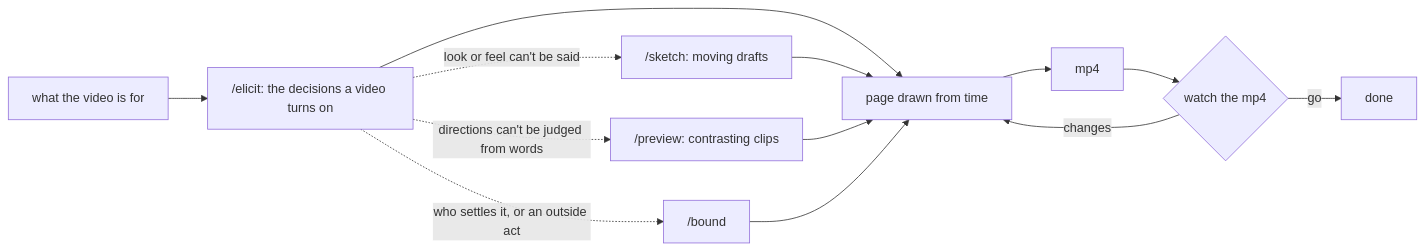
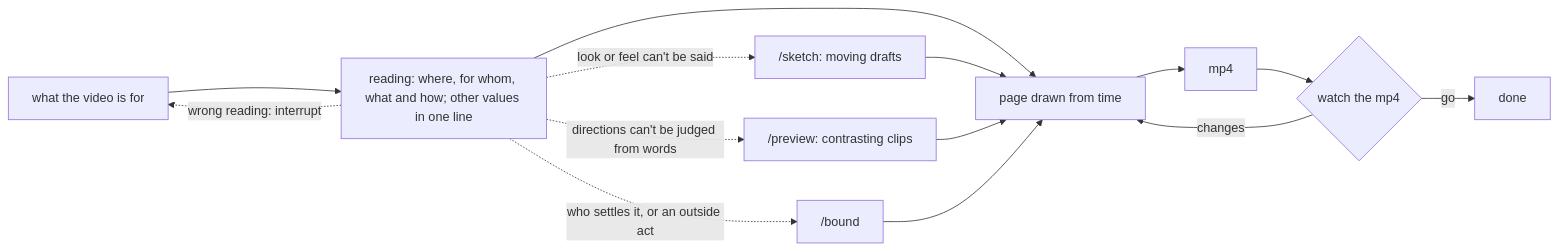
The diagram in motion/README.md (jongwony/cc-plugin), drawn with Mermaid before and after one commit. The commit also changed other lines of this file and 4 other files, not shown here.

````diff
--- a/motion/README.md
+++ b/motion/README.md
@@ -5,15 +5,16 @@
 ```mermaid
 flowchart LR
-  A[what the video is for] --> B["/elicit: the decisions a video turns on"]
+  A[what the video is for] --> B["reading: where, for whom, what and how; other values in one line"]
+  B -. wrong reading: interrupt .-> A
   B --> P[page drawn from time]
   B -. look or feel can't be said .-> S["/sketch: moving drafts"]
   B -. directions can't be judged from words .-> V["/preview: contrasting clips"]
   B -. who settles it, or an outside act .-> D["/bound"]
   S --> P
   V --> P
   D --> P
   P --> M[mp4]
   M --> W{watch the mp4}
   W -- changes --> P
   W -- go --> E[done]
 ```
````
